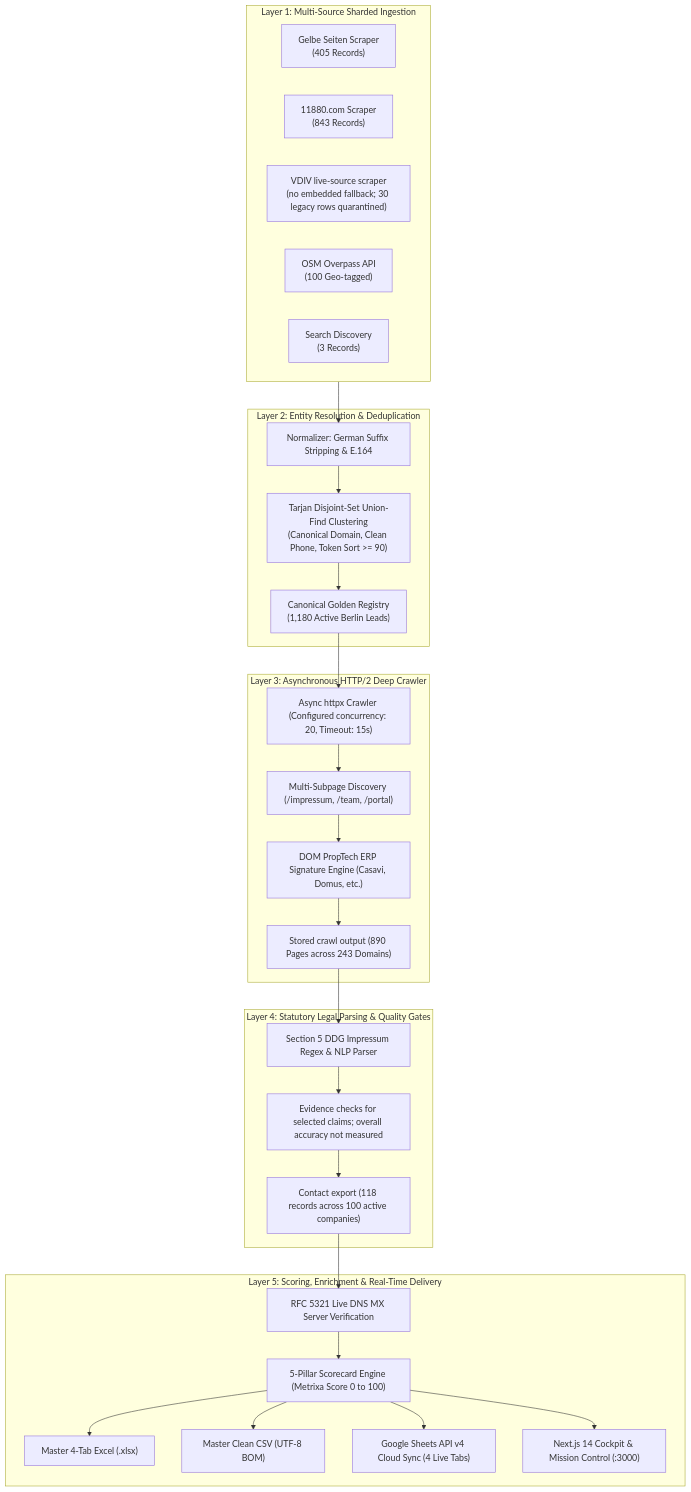
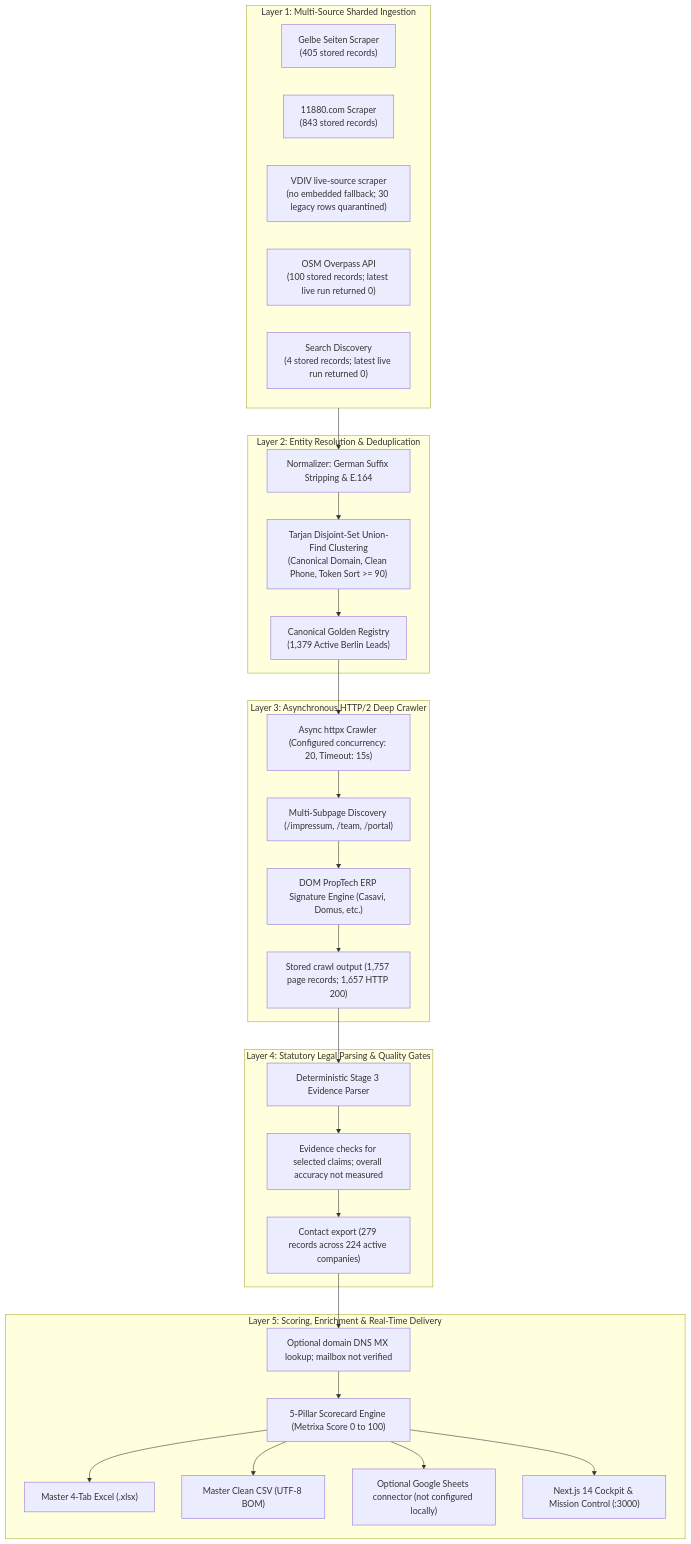
The diagram in README.md (sainibhaowal/Metrixa-Systems), drawn with Mermaid before and after one commit. The commit also changed other lines of this file and 38 other files, not shown here.

````diff
--- a/README.md
+++ b/README.md
@@ -50,47 +50,47 @@
 ```mermaid
 flowchart TD
     subgraph L1["Layer 1: Multi-Source Sharded Ingestion"]
-        S1["Gelbe Seiten Scraper\n(405 Records)"]
-        S2["11880.com Scraper\n(843 Records)"]
+        S1["Gelbe Seiten Scraper\n(405 stored records)"]
+        S2["11880.com Scraper\n(843 stored records)"]
         S3["VDIV live-source scraper\n(no embedded fallback; 30 legacy rows quarantined)"]
-        S4["OSM Overpass API\n(100 Geo-tagged)"]
-        S5["Search Discovery\n(3 Records)"]
+        S4["OSM Overpass API\n(100 stored records; latest live run returned 0)"]
+        S5["Search Discovery\n(4 stored records; latest live run returned 0)"]
     end
 
     subgraph L2["Layer 2: Entity Resolution & Deduplication"]
         NORM["Normalizer: German Suffix Stripping & E.164"]
         UF["Tarjan Disjoint-Set Union-Find Clustering\n(Canonical Domain, Clean Phone, Token Sort >= 90)"]
-        GOLD["Canonical Golden Registry\n(1,180 Active Berlin Leads)"]
+        GOLD["Canonical Golden Registry\n(1,379 Active Berlin Leads)"]
     end
 
     subgraph L3["Layer 3: Asynchronous HTTP/2 Deep Crawler"]
         CRAWL["Async httpx Crawler (Configured concurrency: 20, Timeout: 15s)"]
         SUBP["Multi-Subpage Discovery (/impressum, /team, /portal)"]
         DOM["DOM PropTech ERP Signature Engine (Casavi, Domus, etc.)"]
-        STORE["Stored crawl output (890 Pages across 243 Domains)"]
+        STORE["Stored crawl output (1,757 page records; 1,657 HTTP 200)"]
     end
 
     subgraph L4["Layer 4: Statutory Legal Parsing & Quality Gates"]
-        PARSER["Section 5 DDG Impressum Regex & NLP Parser"]
+        PARSER["Deterministic Stage 3 Evidence Parser"]
         GATE["Evidence checks for selected claims; overall accuracy not measured"]
-        CONTACTS["Contact export (118 records across 100 active companies)"]
+        CONTACTS["Contact export (279 records across 224 active companies)"]
     end
 
     subgraph L5["Layer 5: Scoring, Enrichment & Real-Time Delivery"]
-        MX["RFC 5321 Live DNS MX Server Verification"]
+        MX["Optional domain DNS MX lookup; mailbox not verified"]
         SCORE["5-Pillar Scorecard Engine (Metrixa Score 0 to 100)"]
         XLSX["Master 4-Tab Excel (.xlsx)"]
         CSV["Master Clean CSV (UTF-8 BOM)"]
-        SHEETS["Google Sheets API v4 Cloud Sync (4 Live Tabs)"]
+        SHEETS["Optional Google Sheets connector (not configured locally)"]
         COCKPIT["Next.js 14 Cockpit & Mission Control (:3000)"]
     end
 
     L1 --> NORM --> UF --> GOLD
     GOLD --> CRAWL --> SUBP --> DOM --> STORE
     STORE --> PARSER --> GATE --> CONTACTS
     CONTACTS --> MX --> SCORE
     SCORE --> XLSX
     SCORE --> CSV
     SCORE --> SHEETS
     SCORE --> COCKPIT
 ```
````
